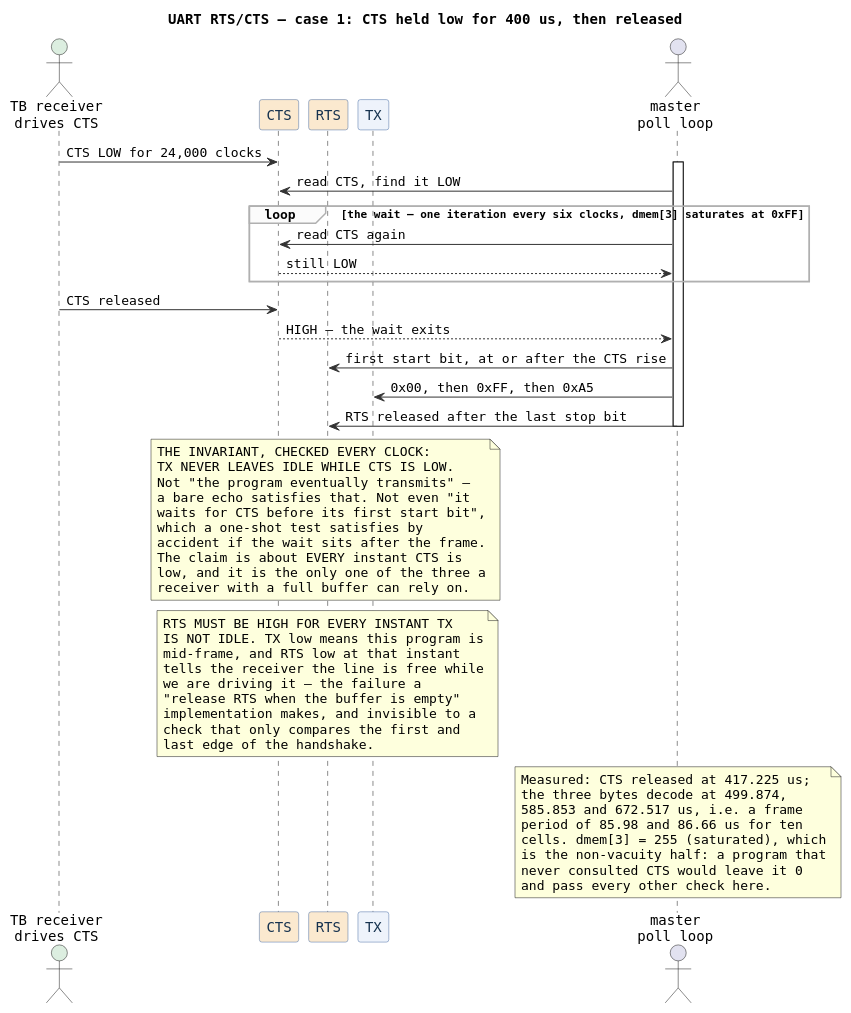
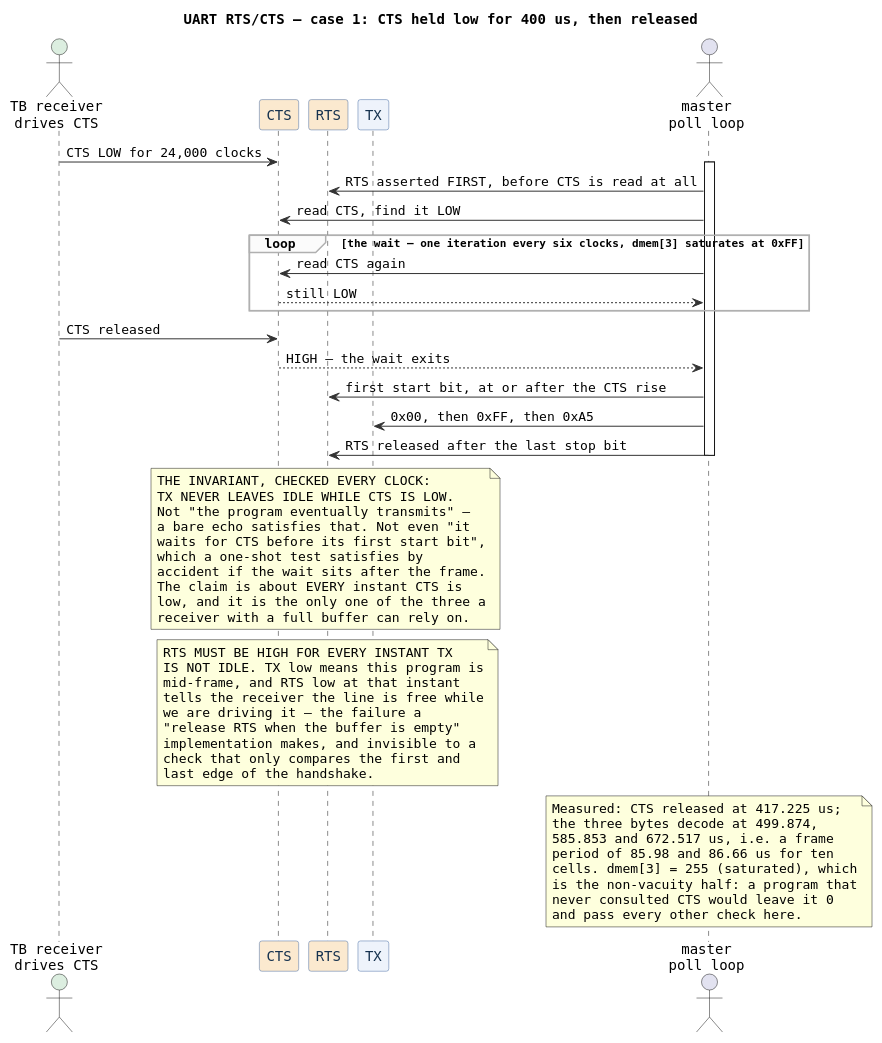
One commit to smprather/janestreet-blog-serial-protocol-emulator changed the third of 5 diagrams in diagrams/proto-uart-flow.puml. Above: the diagram before and after it, drawn with PlantUML. The commit also changed other lines of this file and 14 other files, not shown here.

```diff
--- a/diagrams/proto-uart-flow.puml
+++ b/diagrams/proto-uart-flow.puml
@@ -147,63 +152,64 @@
 @startuml
 title UART RTS/CTS — case 1: CTS held low for 400 us, then released
 skinparam defaultFontName Monospaced
 skinparam ParticipantBackgroundColor #eef3fb
 skinparam ParticipantBorderColor #4a6fa5
 skinparam ParticipantFontColor #16324f
 skinparam SequenceGroupBackgroundColor #fbfbfb
 skinparam SequenceGroupBorderColor #b0b0b0
 skinparam ArrowColor #333333
 
 actor "TB receiver\ndrives CTS" as R #dceee0
 participant "CTS" as C #fbe9cf
 participant "RTS" as S #fbe9cf
 participant "TX" as T
 actor "master\npoll loop" as M
 
 R -> C : CTS LOW for 24,000 clocks
 activate M
+M -> S : RTS asserted FIRST, before CTS is read at all
 M -> C : read CTS, find it LOW
 loop the wait — one iteration every six clocks, dmem[3] saturates at 0xFF
   M -> C : read CTS again
   C --> M : still LOW
 end
 R -> C : CTS released
 C --> M : HIGH — the wait exits
 M -> S : first start bit, at or after the CTS rise
 M -> T : 0x00, then 0xFF, then 0xA5
 M -> S : RTS released after the last stop bit
 deactivate M
 note over C, T
   THE INVARIANT, CHECKED EVERY CLOCK:
   TX NEVER LEAVES IDLE WHILE CTS IS LOW.
   Not "the program eventually transmits" —
   a bare echo satisfies that. Not even "it
   waits for CTS before its first start bit",
   which a one-shot test satisfies by
   accident if the wait sits after the frame.
   The claim is about EVERY instant CTS is
   low, and it is the only one of the three a
   receiver with a full buffer can rely on.
 end note
 note over S
   RTS MUST BE HIGH FOR EVERY INSTANT TX
   IS NOT IDLE. TX low means this program is
   mid-frame, and RTS low at that instant
   tells the receiver the line is free while
   we are driving it — the failure a
   "release RTS when the buffer is empty"
   implementation makes, and invisible to a
   check that only compares the first and
   last edge of the handshake.
 end note
 note over M
   Measured: CTS released at 417.225 us;
   the three bytes decode at 499.874,
   585.853 and 672.517 us, i.e. a frame
   period of 85.98 and 86.66 us for ten
   cells. dmem[3] = 255 (saturated), which
   is the non-vacuity half: a program that
   never consulted CTS would leave it 0
   and pass every other check here.
 end note
 @enduml
```
